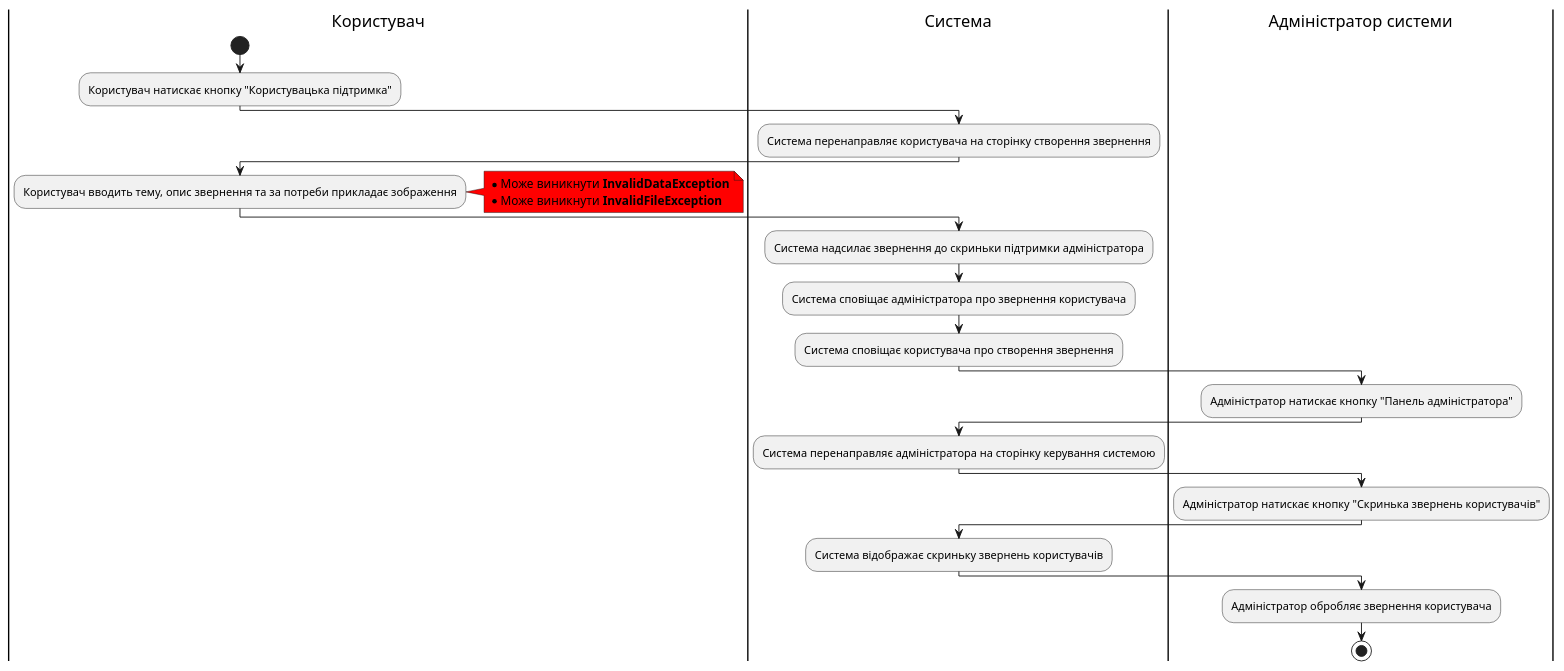
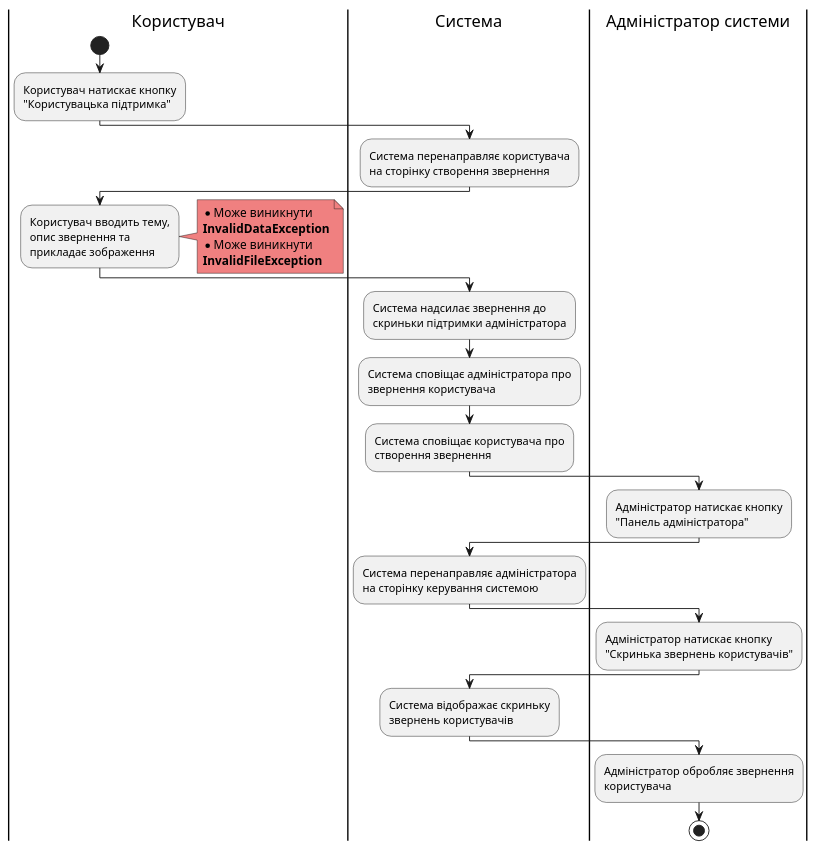
Before and after one commit to samoilenkomariia/db-coursework: the ninth of 9 diagrams in docs/use cases/README.md, drawn with PlantUML. The commit also changed other lines of this file, not shown here.

```diff
--- a/docs/use cases/README.md
+++ b/docs/use cases/README.md
@@ -352,30 +355,32 @@
 @startuml
     
     |Користувач|
     start
-    :Користувач натискає кнопку "Користувацька підтримка";
+    :Користувач натискає кнопку\n"Користувацька підтримка";
     |Система|
-    :Система перенаправляє користувача на сторінку створення звернення;
+    :Система перенаправляє користувача\nна сторінку створення звернення;
     |Користувач|
-    :Користувач вводить тему, опис звернення та за потреби прикладає зображення;
-    note right #red
-        * Може виникнути <b>InvalidDataException</b>
-        * Може виникнути <b>InvalidFileException</b>
+    :Користувач вводить тему,\nопис звернення та\nприкладає зображення;
+    note right #lightcoral
+        * Може виникнути
+        <b>InvalidDataException</b>
+        * Може виникнути
+        <b>InvalidFileException</b>
     end note
     |Система|
-    :Система надсилає звернення до скриньки підтримки адміністратора;
-    :Система сповіщає адміністратора про звернення користувача;
-    :Система сповіщає користувача про створення звернення;
+    :Система надсилає звернення до\nскриньки підтримки адміністратора;
+    :Система сповіщає адміністратора про\nзвернення користувача;
+    :Система сповіщає користувача про\nстворення звернення;
     |Адміністратор системи|
-    :Адміністратор натискає кнопку "Панель адміністратора";
+    :Адміністратор натискає кнопку\n"Панель адміністратора";
     |Система|
-    :Система перенаправляє адміністратора на сторінку керування системою;
+    :Система перенаправляє адміністратора\nна сторінку керування системою;
     |Адміністратор системи|
-    :Адміністратор натискає кнопку "Скринька звернень користувачів";
+    :Адміністратор натискає кнопку\n"Скринька звернень користувачів";
     |Система|
-    :Система відображає скриньку звернень користувачів;
+    :Система відображає скриньку\nзвернень користувачів;
     |Адміністратор системи|
-    :Адміністратор обробляє звернення користувача;
+    :Адміністратор обробляє звернення\nкористувача;
     stop
 
 @enduml
```
